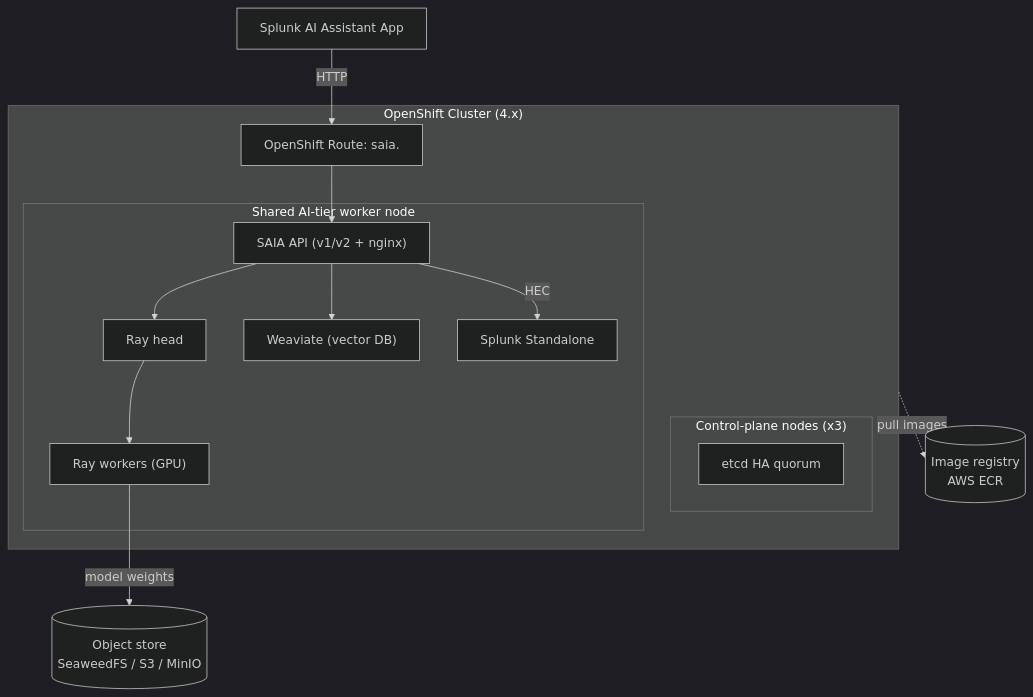
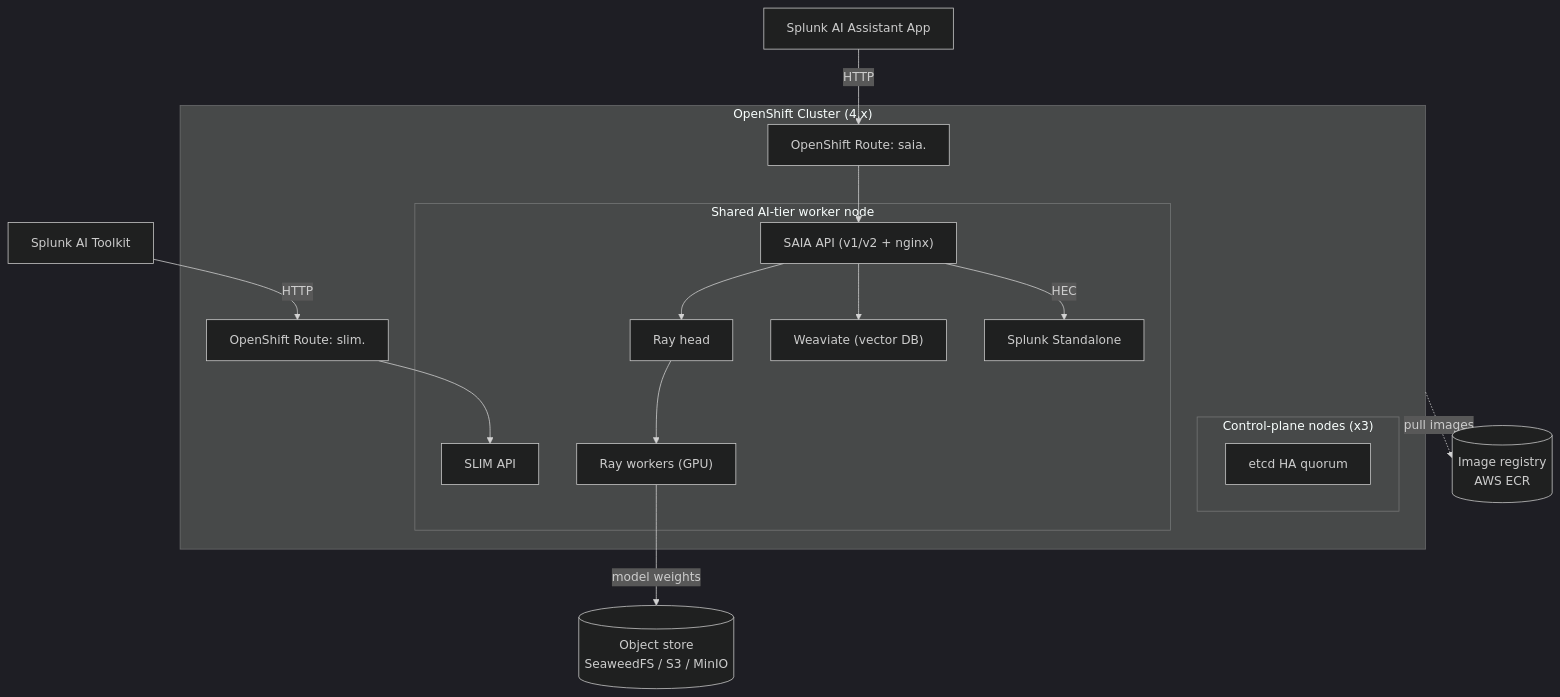
Before and after one commit to splunk/splunk-ai-operator: the diagram in tools/cluster_setup/OPENSHIFT_README.md, drawn with Mermaid (dark theme). The commit also changed other lines of this file and 3 other files, not shown here.

Commit message:
feat: expose OpenShift feature APIs with routes

````diff
--- a/tools/cluster_setup/OPENSHIFT_README.md
+++ b/tools/cluster_setup/OPENSHIFT_README.md
@@ -424,25 +436,28 @@
 ```mermaid
 flowchart TB
   subgraph OCP["OpenShift Cluster (4.x)"]
     subgraph CP["Control-plane nodes (x3)"]
       etcd["etcd HA quorum"]
     end
     subgraph AIW["Shared AI-tier worker node"]
       RH["Ray head"]
       WV["Weaviate (vector DB)"]
       SAIA["SAIA API (v1/v2 + nginx)"]
+      SLIM["SLIM API"]
       SPL["Splunk Standalone"]
       RW["Ray workers (GPU)"]
     end
-    RT["OpenShift Route: saia.<ingress-domain>"]
+    SAIART["OpenShift Route: saia.<ingress-domain>"]
+    SLIMRT["OpenShift Route: slim.<ingress-domain>"]
   end
   OBJ[("Object store\nSeaweedFS / S3 / MinIO")]
   ECR[("Image registry\nAWS ECR")]
 
-  Client["Splunk AI Assistant App"] -->|HTTP| RT --> SAIA
+  Client["Splunk AI Assistant App"] -->|HTTP| SAIART --> SAIA
+  AITK["Splunk AI Toolkit"] -->|HTTP| SLIMRT --> SLIM
   SAIA --> RH --> RW
   SAIA --> WV
   SAIA -->|HEC| SPL
   RW -->|model weights| OBJ
   OCP -.pull images.-> ECR
 ```
````
